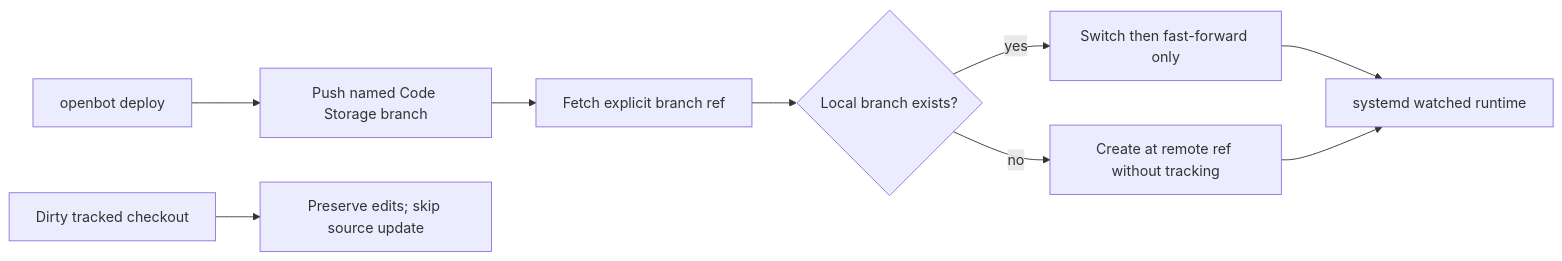
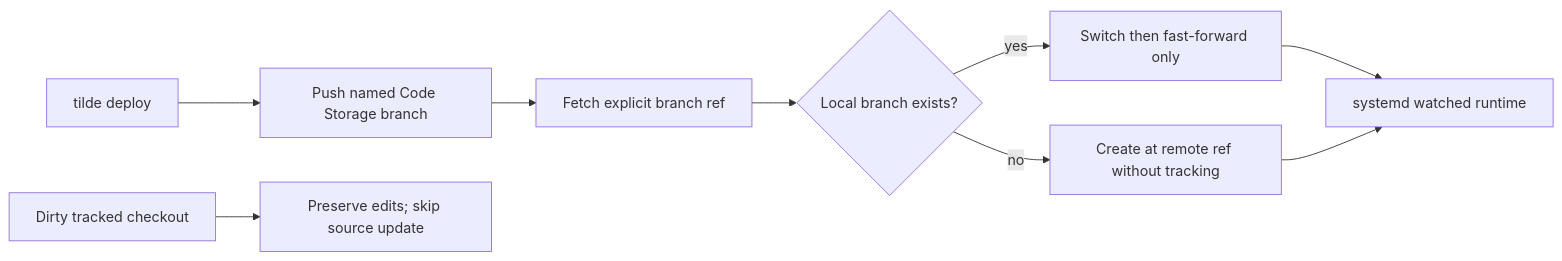
Before and after one commit to trytilde/dispatch: the diagram in docs/updates/117.md, drawn with Mermaid. The commit also changed other lines of this file and 668 other files, not shown here.

````diff
--- a/docs/updates/117.md
+++ b/docs/updates/117.md
@@ -9,11 +9,11 @@
 ```mermaid
 flowchart LR
-  CLI[openbot deploy] --> Git[Push named Code Storage branch]
+  CLI[tilde deploy] --> Git[Push named Code Storage branch]
   Git --> Fetch[Fetch explicit branch ref]
   Fetch --> Exists{Local branch exists?}
   Exists -->|yes| Switch[Switch then fast-forward only]
   Exists -->|no| Create[Create at remote ref without tracking]
   Switch --> Runtime[systemd watched runtime]
   Create --> Runtime
   Dirty[Dirty tracked checkout] --> Preserve[Preserve edits; skip source update]
 ```
````
